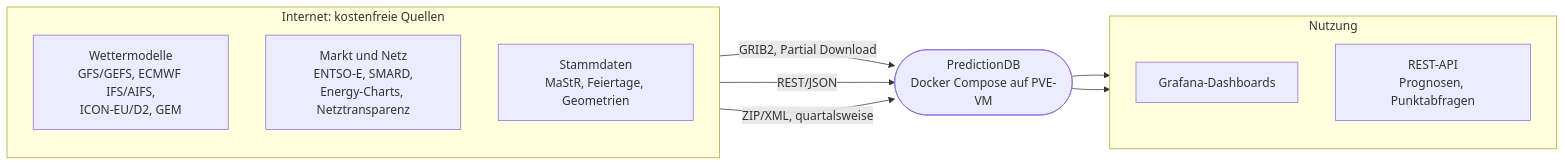
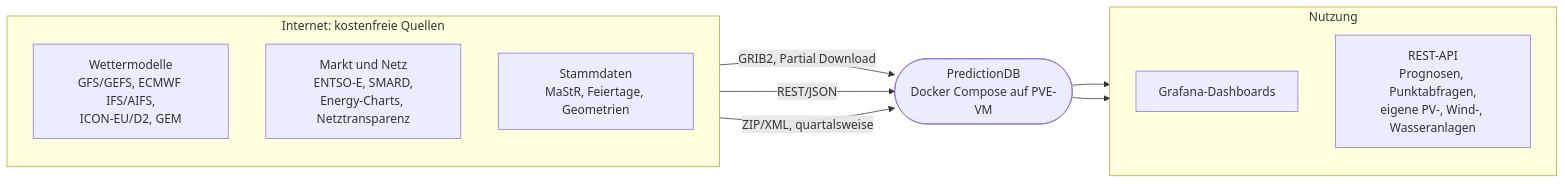
One commit to the78mole/PredictionDB changed the first of 15 diagrams in docs/ARCHITEKTUR.md. Above: the diagram before and after it, drawn with Mermaid. The commit also changed other lines of this file, not shown here.

First line of the commit message:
docs: Prognose-API für eigene PV-, Wind- und Wasserkraftanlagen (#8)

````diff
--- a/docs/ARCHITEKTUR.md
+++ b/docs/ARCHITEKTUR.md
@@ -73,23 +74,23 @@
 ```mermaid
 flowchart LR
     subgraph EXT["Internet: kostenfreie Quellen"]
         direction TB
         NWP["Wettermodelle<br/>GFS/GEFS, ECMWF IFS/AIFS,<br/>ICON-EU/D2, GEM"]
         MKT["Markt und Netz<br/>ENTSO-E, SMARD,<br/>Energy-Charts, Netztransparenz"]
         STAT["Stammdaten<br/>MaStR, Feiertage, Geometrien"]
     end
 
     SYS(["PredictionDB<br/>Docker Compose auf PVE-VM"])
 
     subgraph USE["Nutzung"]
         direction TB
         DASH["Grafana-Dashboards"]
-        API["REST-API<br/>Prognosen, Punktabfragen"]
+        API["REST-API<br/>Prognosen, Punktabfragen,<br/>eigene PV-, Wind-, Wasseranlagen"]
     end
 
     NWP -- "GRIB2, Partial Download" --> SYS
     MKT -- "REST/JSON" --> SYS
     STAT -- "ZIP/XML, quartalsweise" --> SYS
     SYS --> DASH
     SYS --> API
 ```
````
